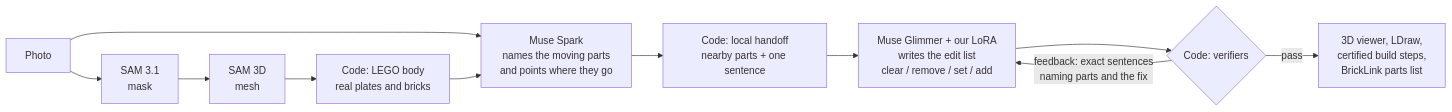
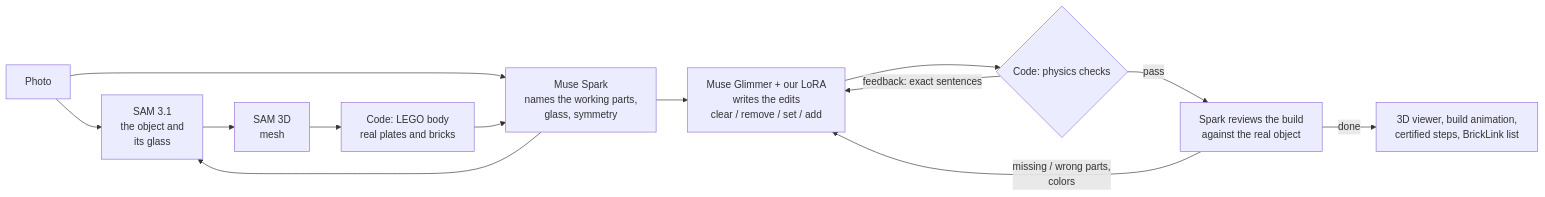
The diagram in README.md (vvennela/samgo), drawn with Mermaid before and after one commit. The commit also changed other lines of this file and 6 other files, not shown here.

Commit message:
README rewritten (Spark reviews, SAM glass, proofs, build kits, results); demo.md (video plan, shopping list); model images

````diff
--- a/README.md
+++ b/README.md
@@ -26,11 +21,13 @@
 ```mermaid
 flowchart LR
-    photo[Photo] --> sam[SAM 3.1<br/>mask] --> sam3d[SAM 3D<br/>mesh] --> body[Code: LEGO body<br/>real plates and bricks]
-    photo --> spark[Muse Spark<br/>names the moving parts<br/>and points where they go]
+    photo[Photo] --> sam[SAM 3.1<br/>the object and<br/>its glass] --> sam3d[SAM 3D<br/>mesh] --> body[Code: LEGO body<br/>real plates and bricks]
+    photo --> spark[Muse Spark<br/>names the working parts,<br/>glass, symmetry]
+    spark --> sam
     body --> spark
-    spark --> handoff[Code: local handoff<br/>nearby parts + one sentence]
-    handoff --> glimmer[Muse Glimmer + our LoRA<br/>writes the edit list<br/>clear / remove / set / add]
-    glimmer --> check{Code: verifiers}
-    check -- "feedback: exact sentences<br/>naming parts and the fix" --> glimmer
-    check -- pass --> out[3D viewer, LDraw,<br/>certified build steps,<br/>BrickLink parts list]
+    spark --> glimmer[Muse Glimmer + our LoRA<br/>writes the edits<br/>clear / remove / set / add]
+    glimmer --> check{Code: physics checks}
+    check -- "feedback: exact sentences" --> glimmer
+    check -- pass --> review[Spark reviews the build<br/>against the real object]
+    review -- "missing / wrong parts,<br/>colors" --> glimmer
+    review -- done --> out[3D viewer, build animation,<br/>certified steps, BrickLink list]
 ```
````
